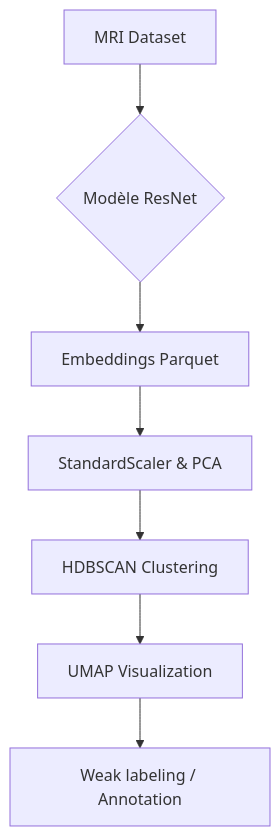
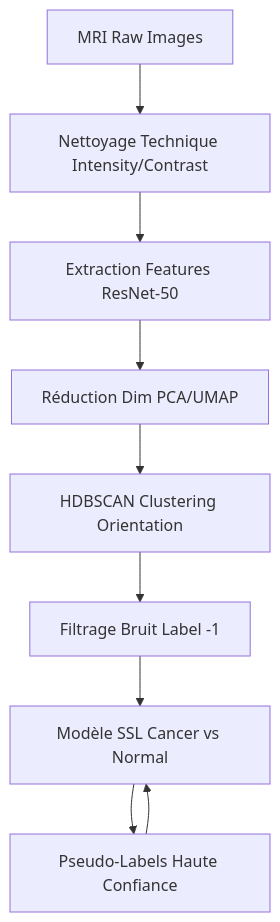
One commit to RandomFab/BRAINSCANAI changed the first of 2 diagrams in README.md. Above: the diagram before and after it, drawn with Mermaid. The commit also changed other lines of this file, not shown here.

````diff
--- a/README.md
+++ b/README.md
@@ -64,9 +30,11 @@
 ```mermaid
 graph TB
-    A[MRI Dataset] --> B{Modèle ResNet}
-    B --> C[Embeddings Parquet]
-    C --> D[StandardScaler & PCA]
-    D --> E[HDBSCAN Clustering]
-    E --> F[UMAP Visualization]
-    F --> G[Weak labeling / Annotation]
+    A[MRI Raw Images] --> B[Nettoyage Technique Intensity/Contrast]
+    B --> C[Extraction Features ResNet-50]
+    C --> D[Réduction Dim PCA/UMAP]
+    D --> E[HDBSCAN Clustering Orientation]
+    E --> F[Filtrage Bruit Label -1]
+    F --> G[Modèle SSL Cancer vs Normal]
+    G --> H[Pseudo-Labels Haute Confiance]
+    H --> G
 ```
````
